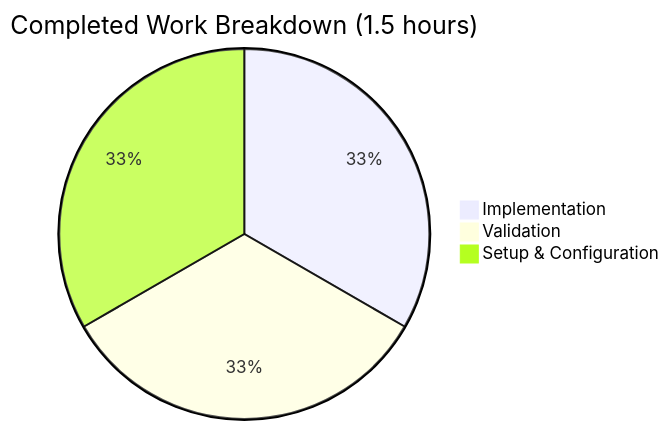
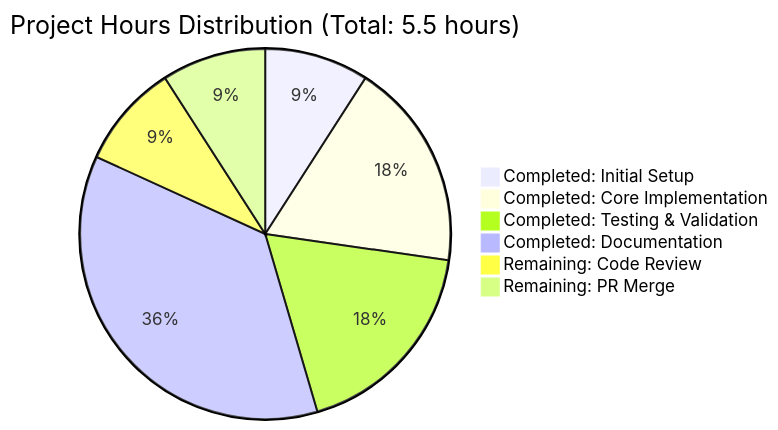
Before and after one commit to prasad-blitzy/quick-repo-4: the diagram in blitzy/documentation/Project Guide.md, drawn with Mermaid. The commit also changed other lines of this file, not shown here.

Commit message:
Adding Blitzy Project Guide: Project Status and Human Tasks Remaining

````diff
--- a/blitzy/documentation/Project Guide.md
+++ b/blitzy/documentation/Project Guide.md
@@ -290,6 +151,9 @@
 ```mermaid
-pie title Completed Work Breakdown (1.5 hours)
-    "Implementation" : 0.5
-    "Validation" : 0.5
-    "Setup & Configuration" : 0.5
+pie title Project Hours Distribution (Total: 5.5 hours)
+    "Completed: Initial Setup" : 0.5
+    "Completed: Core Implementation" : 1.0
+    "Completed: Testing & Validation" : 1.0
+    "Completed: Documentation" : 2.0
+    "Remaining: Code Review" : 0.5
+    "Remaining: PR Merge" : 0.5
 ```
````
